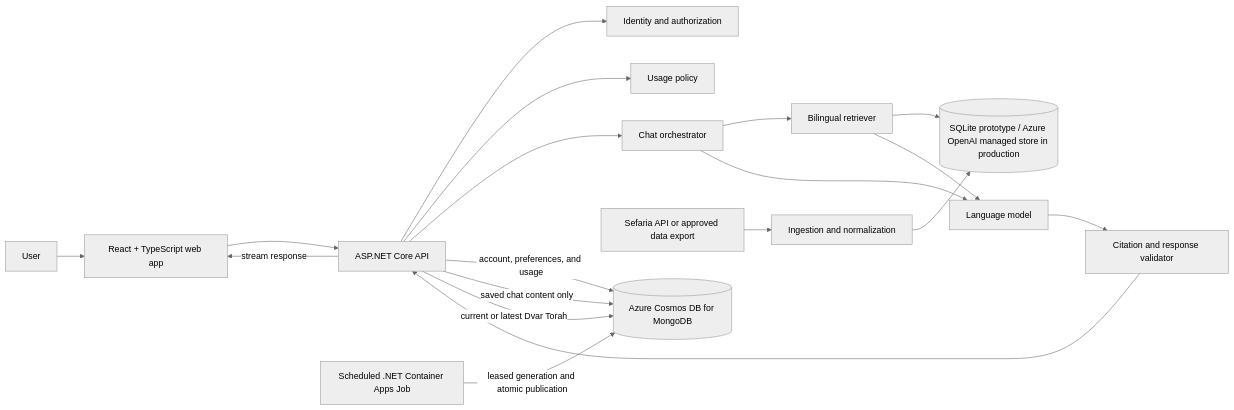
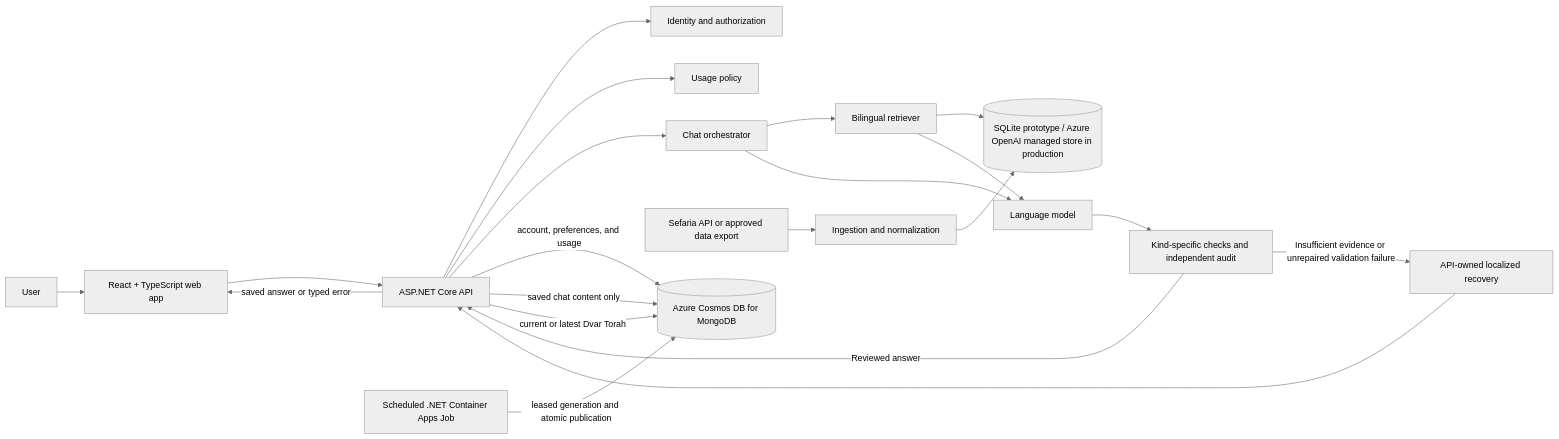
Before and after one commit to Amitai5/AskARabbi: the diagram in docs/TECHNICAL.md, drawn with Mermaid (neutral theme). The commit also changed other lines of this file and 20 other files, not shown here.

Commit message:
Document reviewed answer types and conversation recovery

````diff
--- a/docs/TECHNICAL.md
+++ b/docs/TECHNICAL.md
@@ -79,25 +79,27 @@
 ```mermaid
 flowchart LR
     User[User] --> Web[React + TypeScript web app]
     Web --> Api[ASP.NET Core API]
 
     Api --> Identity[Identity and authorization]
     Api --> Usage[Usage policy]
     Api --> Orchestrator[Chat orchestrator]
 
     Orchestrator --> Retriever[Bilingual retriever]
     Retriever --> SourceIndex[(SQLite prototype / Azure OpenAI managed store in production)]
     Sefaria[Sefaria API or approved data export] --> Ingestion[Ingestion and normalization]
     Ingestion --> SourceIndex
 
     Orchestrator --> Model[Language model]
     Retriever --> Model
-    Model --> Validator[Citation and response validator]
-    Validator --> Api
+    Model --> Validator[Kind-specific checks and independent audit]
+    Validator -->|Reviewed answer| Api
+    Validator -->|Insufficient evidence or unrepaired validation failure| Recovery[API-owned localized recovery]
+    Recovery --> Api
 
     Api -->|account, preferences, and usage| AppData[(Azure Cosmos DB for MongoDB)]
     Api -->|saved chat content only| AppData
     WeeklyJob[Scheduled .NET Container Apps Job] -->|leased generation and atomic publication| AppData
     Api -->|current or latest Dvar Torah| AppData
-    Api -->|stream response| Web
+    Api -->|saved answer or typed error| Web
 ```
````
